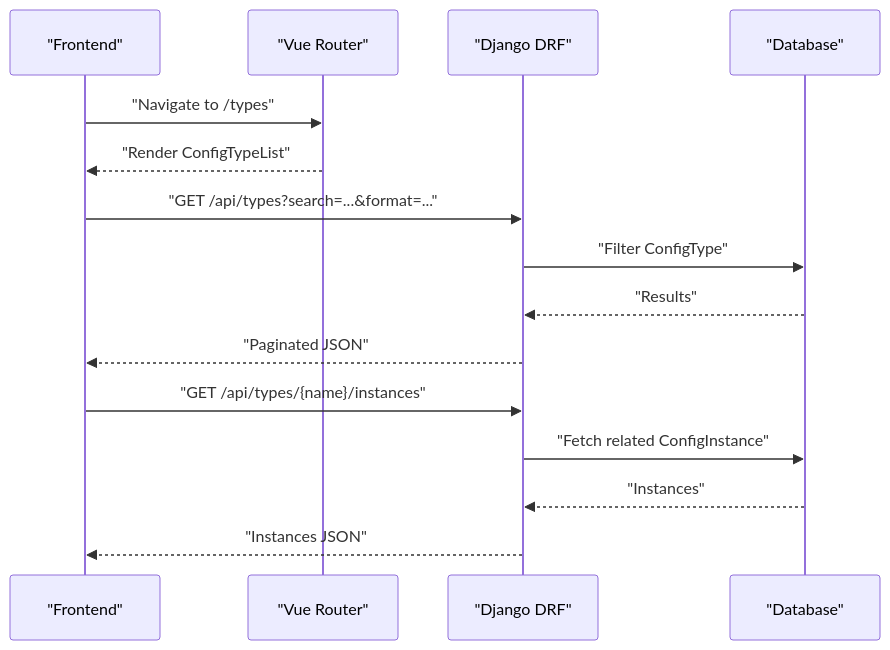
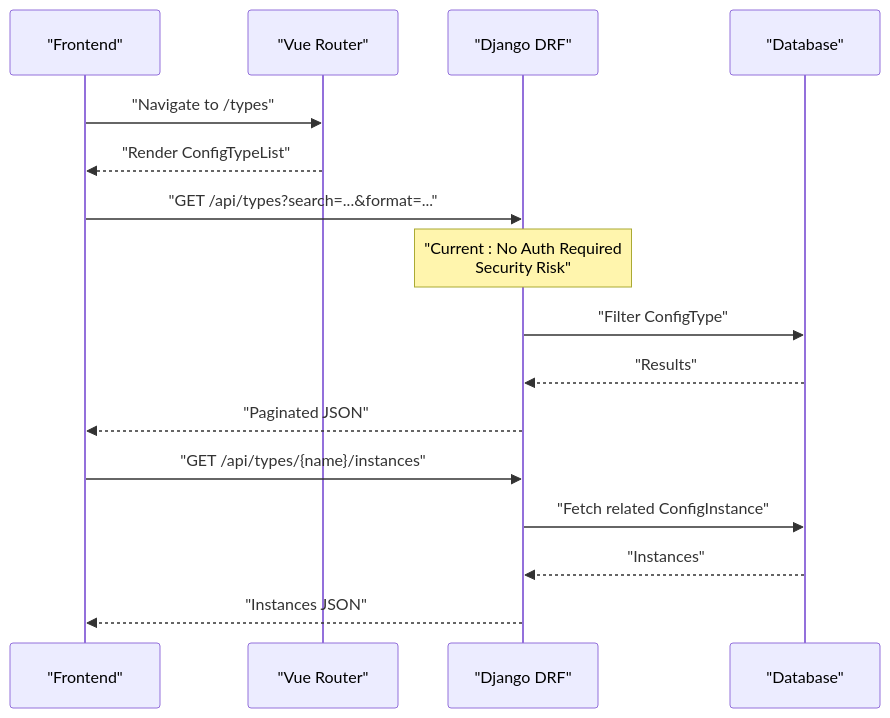
Before and after one commit to fengyong/ai-ops: the fifth of 6 diagrams in .qoder/repowiki/en/content/Development Guidelines.md, drawn with Mermaid. The commit also changed other lines of this file and 7 other files, not shown here.

````diff
--- a/.qoder/repowiki/en/content/Development Guidelines.md
+++ b/.qoder/repowiki/en/content/Development Guidelines.md
@@ -206,17 +298,18 @@
 ```mermaid
 sequenceDiagram
 participant FE as "Frontend"
 participant VR as "Vue Router"
 participant API as "Django DRF"
 participant DB as "Database"
 FE->>VR : "Navigate to /types"
 VR-->>FE : "Render ConfigTypeList"
 FE->>API : "GET /api/types?search=...&format=..."
+Note over API : "Current : No Auth Required<br/>Security Risk"
 API->>DB : "Filter ConfigType"
 DB-->>API : "Results"
 API-->>FE : "Paginated JSON"
 FE->>API : "GET /api/types/{name}/instances"
 API->>DB : "Fetch related ConfigInstance"
 DB-->>API : "Instances"
 API-->>FE : "Instances JSON"
 ```
````
